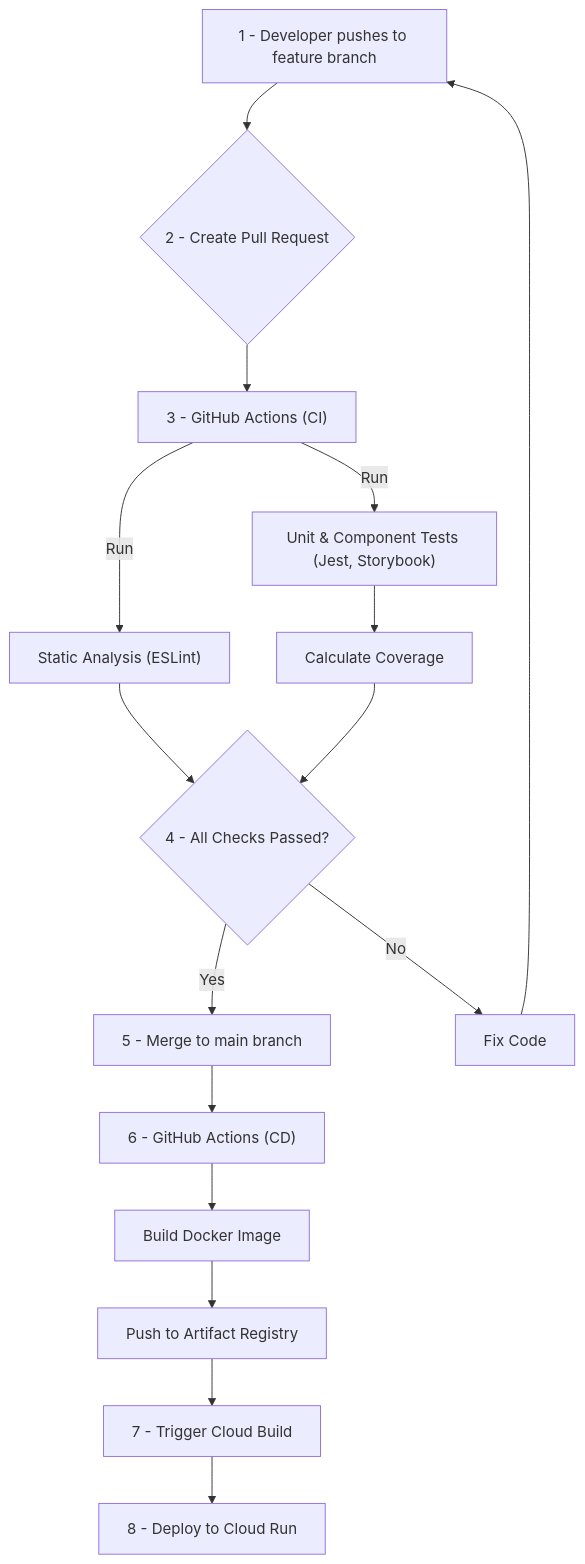
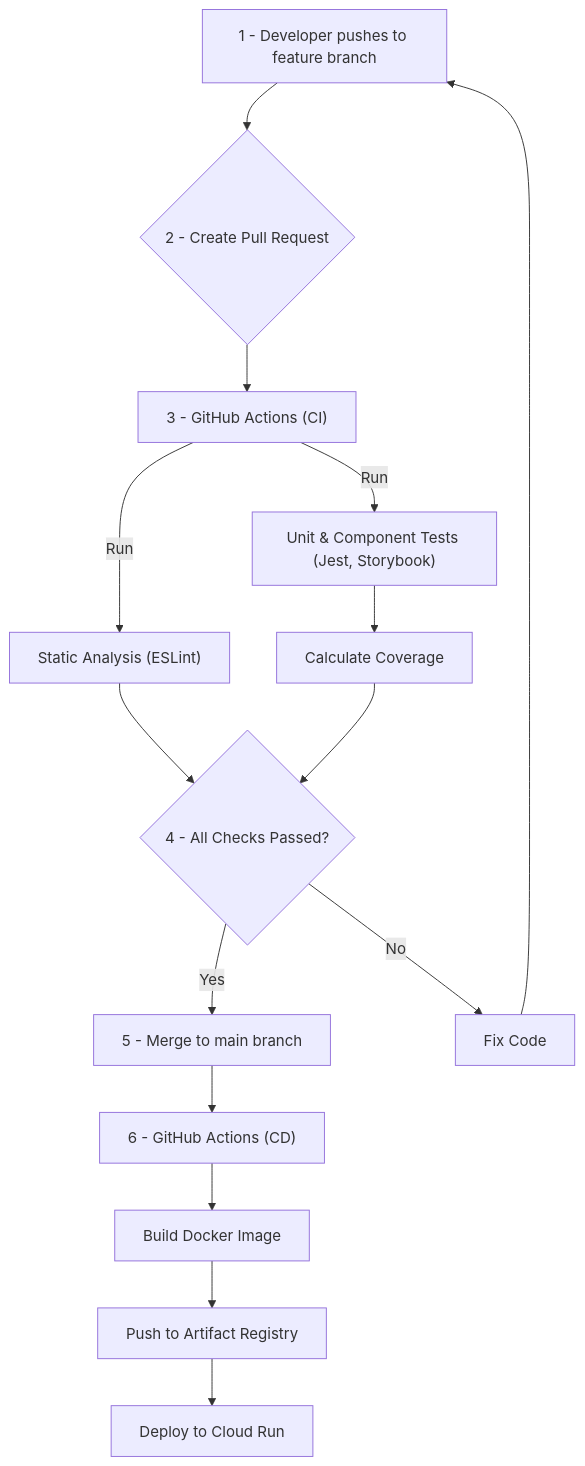
The third of 3 diagrams in docs/02_bd/04_infrastructure_architecture_design.md (detianitatibs/shanari-gemini), drawn with Mermaid before and after one commit. The commit also changed other lines of this file and 4 other files, not shown here.

````diff
--- a/docs/02_bd/04_infrastructure_architecture_design.md
+++ b/docs/02_bd/04_infrastructure_architecture_design.md
@@ -108,17 +108,16 @@
 ```mermaid
 graph TD
     A["1 - Developer pushes to feature branch"] --> B{"2 - Create Pull Request"};
     B --> C["3 - GitHub Actions (CI)"];
     C -- "Run" --> D["Static Analysis (ESLint)"];
     C -- "Run" --> E["Unit & Component Tests (Jest, Storybook)"];
     E --> F["Calculate Coverage"];
     D & F --> G{"4 - All Checks Passed?"};
     G -- "Yes" --> H["5 - Merge to main branch"];
     G -- "No" --> I["Fix Code"];
     I --> A;
     H --> J["6 - GitHub Actions (CD)"];
     J --> K["Build Docker Image"];
     K --> L["Push to Artifact Registry"];
-    L --> M["7 - Trigger Cloud Build"];
-    M --> N["8 - Deploy to Cloud Run"];
+    L --> M["Deploy to Cloud Run"];
 ```
````
